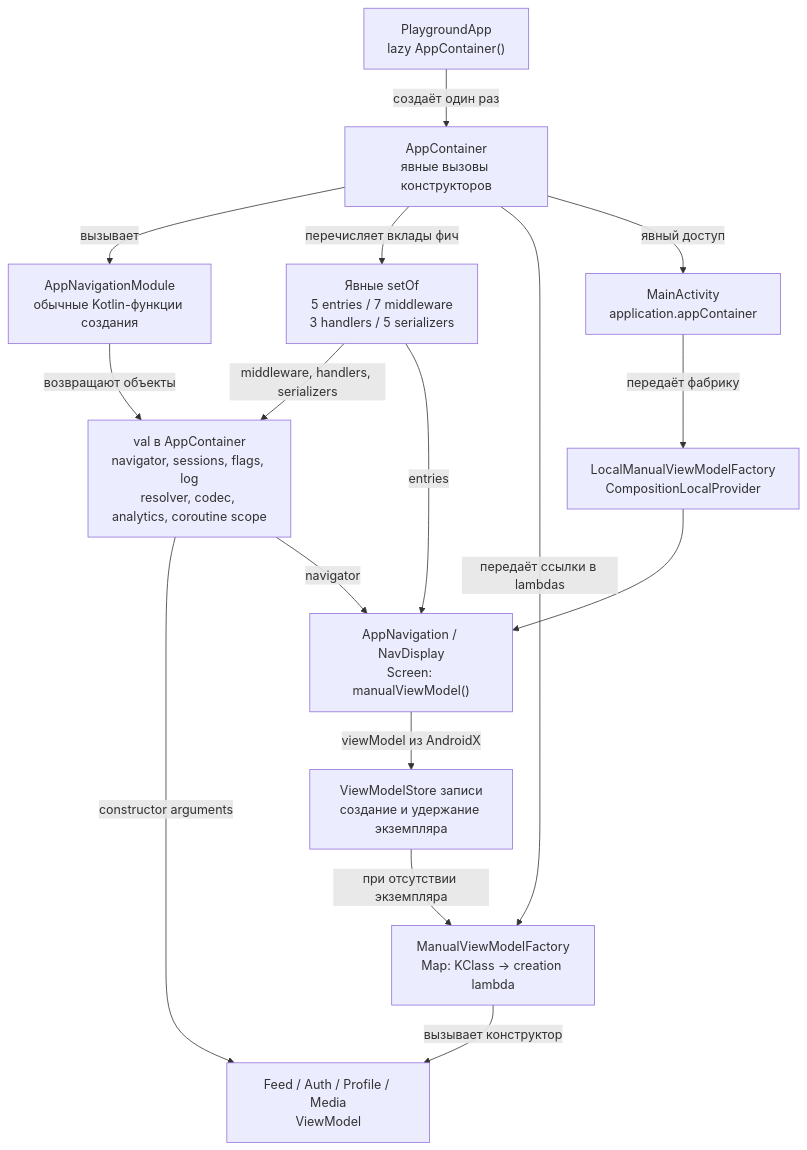
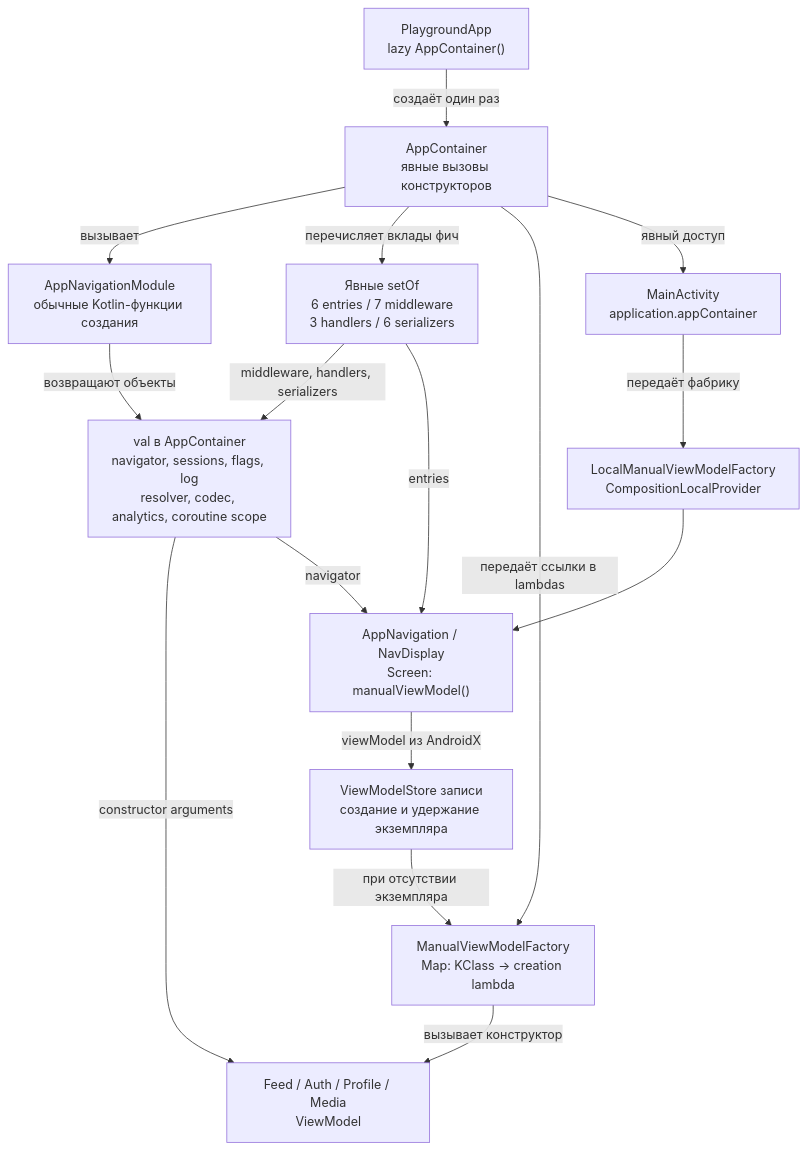
The diagram in docs/di/manual.md (akma302/NavPlayground), drawn with Mermaid before and after one commit. The commit also changed other lines of this file and 9 other files, not shown here.

````diff
--- a/docs/di/manual.md
+++ b/docs/di/manual.md
@@ -5,29 +5,29 @@
 ```mermaid
 flowchart TB
     App["PlaygroundApp<br/>lazy AppContainer()"]
     Container["AppContainer<br/>явные вызовы конструкторов"]
     Builders["AppNavigationModule<br/>обычные Kotlin-функции создания"]
     Shared["val в AppContainer<br/>navigator, sessions, flags, log<br/>resolver, codec, analytics, coroutine scope"]
-    Contributions["Явные setOf<br/>5 entries / 7 middleware<br/>3 handlers / 5 serializers"]
+    Contributions["Явные setOf<br/>6 entries / 7 middleware<br/>3 handlers / 6 serializers"]
     Factory["ManualViewModelFactory<br/>Map: KClass → creation lambda"]
     Activity["MainActivity<br/>application.appContainer"]
     Local["LocalManualViewModelFactory<br/>CompositionLocalProvider"]
     Nav["AppNavigation / NavDisplay<br/>Screen: manualViewModel()"]
     Store["ViewModelStore записи<br/>создание и удержание экземпляра"]
     VM["Feed / Auth / Profile / Media<br/>ViewModel"]
     App -->|создаёт один раз| Container
     Container -->|вызывает| Builders
     Builders -->|возвращают объекты| Shared
     Container -->|перечисляет вклады фич| Contributions
     Container -->|передаёт ссылки в lambdas| Factory
     Shared -->|constructor arguments| VM
     Contributions -->|middleware, handlers, serializers| Shared
     Container -->|явный доступ| Activity
     Activity -->|передаёт фабрику| Local
     Local --> Nav
     Contributions -->|entries| Nav
     Shared -->|navigator| Nav
     Nav -->|viewModel из AndroidX| Store
     Store -->|при отсутствии экземпляра| Factory
     Factory -->|вызывает конструктор| VM
 ```
````
